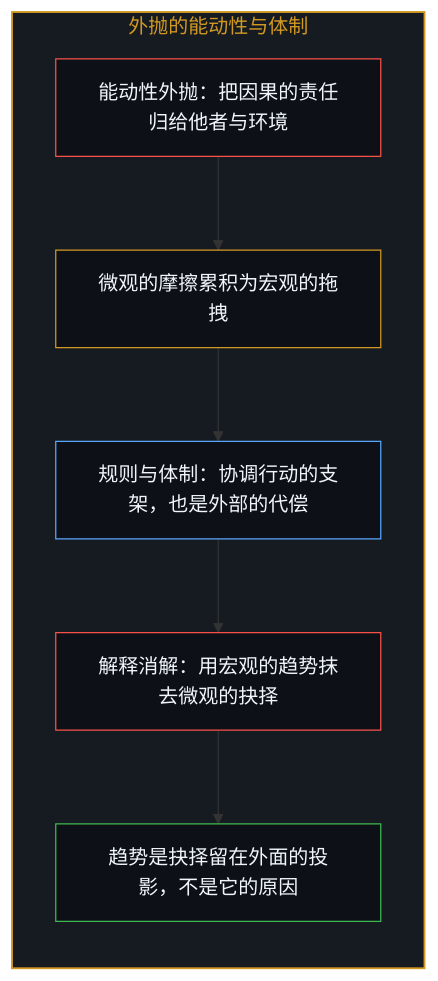
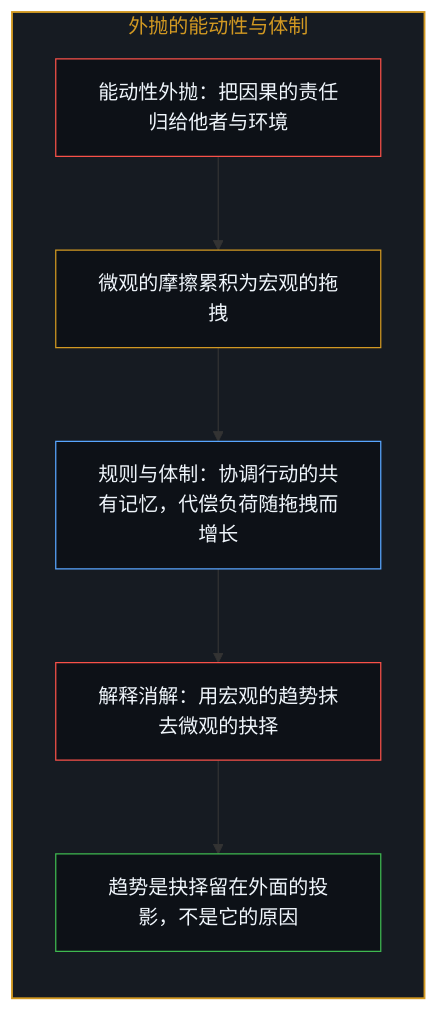
Before and after one commit to powerpig99/not-a-toe: the ninth of 18 diagrams in content/posts/the-geometry-of-coexistence-and-the-dual-cut.md, drawn with Mermaid. The commit also changed other lines of this file and 5 other files, not shown here.

````diff
--- a/content/posts/the-geometry-of-coexistence-and-the-dual-cut.md
+++ b/content/posts/the-geometry-of-coexistence-and-the-dual-cut.md
@@ -231,22 +223,21 @@
 ```mermaid
 flowchart TD
     subgraph S_Drag["外抛的能动性与体制"]
         direction TB
         Throw["能动性外抛：把因果的责任归给他者与环境"]
         Drag["微观的摩擦累积为宏观的拖拽"]
-        Inst["规则与体制：协调行动的支架，也是外部的代偿"]
+        Inst["规则与体制：协调行动的共有记忆，代偿负荷随拖拽而增长"]
         Explain["解释消解：用宏观的趋势抹去微观的抉择"]
         Shadow["趋势是抉择留在外面的投影，不是它的原因"]
         Throw --> Drag
         Drag --> Inst
         Inst --> Explain
         Explain --> Shadow
     end
-
     style S_Drag fill:#161b22,stroke:#d29922,stroke-width:1.5px,color:#d29922
     style Throw fill:#0d1117,stroke:#f85149,stroke-width:1px,color:#f0f6fc
     style Drag fill:#0d1117,stroke:#d29922,stroke-width:1px,color:#f0f6fc
     style Inst fill:#0d1117,stroke:#58a6ff,stroke-width:1px,color:#f0f6fc
     style Explain fill:#0d1117,stroke:#f85149,stroke-width:1px,color:#f0f6fc
     style Shadow fill:#0d1117,stroke:#3fb950,stroke-width:1px,color:#f0f6fc
 ```
````
